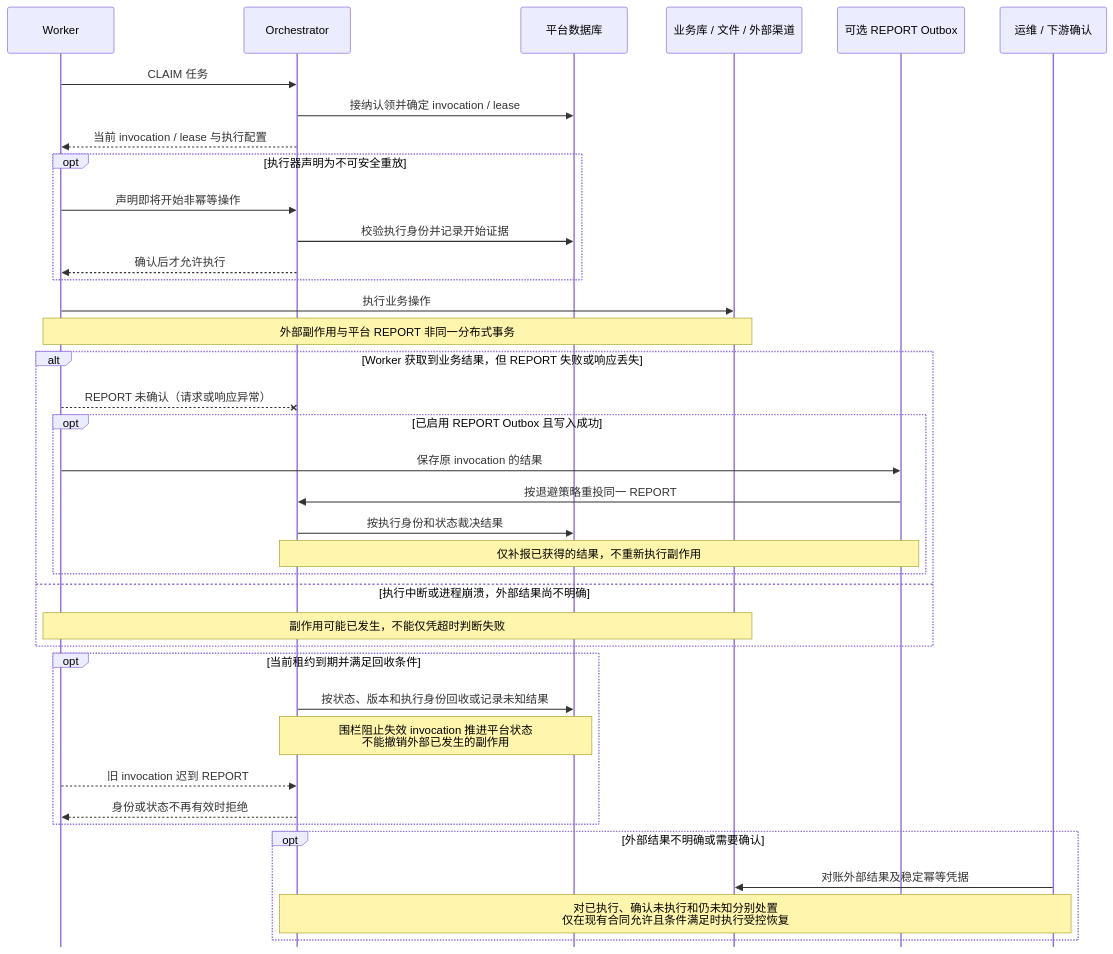
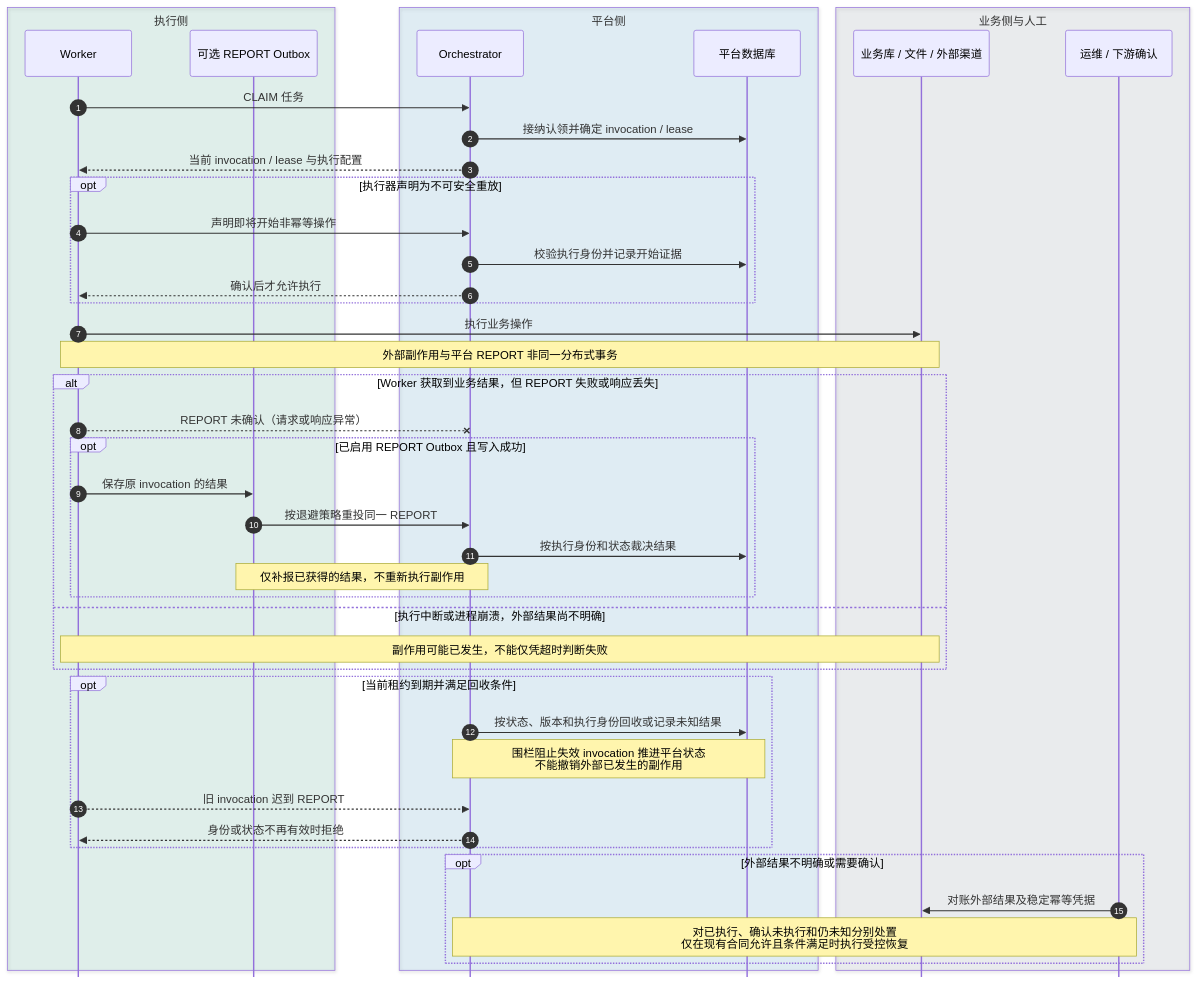
The fourth of 5 diagrams in docs/runbook/troubleshooting-decision-tree.md (pinpols/file-batch-system), drawn with Mermaid before and after one commit. The commit also changed 9 other files, not shown here.

First line of the commit message:
docs(architecture): unify styling of the navigation architecture diagrams (#1365)

````diff
--- a/docs/runbook/troubleshooting-decision-tree.md
+++ b/docs/runbook/troubleshooting-decision-tree.md
@@ -177,41 +177,48 @@
 ```mermaid
 %%{init: {"sequence":{"mirrorActors":false}}}%%
 sequenceDiagram
-  participant W as Worker
-  participant O as Orchestrator
-  participant P as 平台数据库
-  participant E as 业务库 / 文件 / 外部渠道
-  participant R as 可选 REPORT Outbox
-  participant H as 运维 / 下游确认
+  autonumber
+  box rgba(5,150,105,0.10) 执行侧
+    participant W as Worker
+    participant R as 可选 REPORT Outbox
+  end
+  box rgba(2,132,199,0.10) 平台侧
+    participant O as Orchestrator
+    participant P as 平台数据库
+  end
+  box rgba(100,116,139,0.10) 业务侧与人工
+    participant E as 业务库 / 文件 / 外部渠道
+    participant H as 运维 / 下游确认
+  end
   W->>O: CLAIM 任务
   O->>P: 接纳认领并确定 invocation / lease
   O-->>W: 当前 invocation / lease 与执行配置
   opt 执行器声明为不可安全重放
     W->>O: 声明即将开始非幂等操作
     O->>P: 校验执行身份并记录开始证据
     O-->>W: 确认后才允许执行
   end
   W->>E: 执行业务操作
   Note over W,E: 外部副作用与平台 REPORT 非同一分布式事务
   alt Worker 获取到业务结果，但 REPORT 失败或响应丢失
     W--x O: REPORT 未确认（请求或响应异常）
     opt 已启用 REPORT Outbox 且写入成功
       W->>R: 保存原 invocation 的结果
       R->>O: 按退避策略重投同一 REPORT
       O->>P: 按执行身份和状态裁决结果
       Note over R,O: 仅补报已获得的结果，不重新执行副作用
     end
   else 执行中断或进程崩溃，外部结果尚不明确
     Note over W,E: 副作用可能已发生，不能仅凭超时判断失败
   end
   opt 当前租约到期并满足回收条件
     O->>P: 按状态、版本和执行身份回收或记录未知结果
     Note over O,P: 围栏阻止失效 invocation 推进平台状态<br/>不能撤销外部已发生的副作用
     W-->>O: 旧 invocation 迟到 REPORT
     O-->>W: 身份或状态不再有效时拒绝
   end
   opt 外部结果不明确或需要确认
     H->>E: 对账外部结果及稳定幂等凭据
     Note over H,O: 对已执行、确认未执行和仍未知分别处置<br/>仅在现有合同允许且条件满足时执行受控恢复
   end
 ```
````
